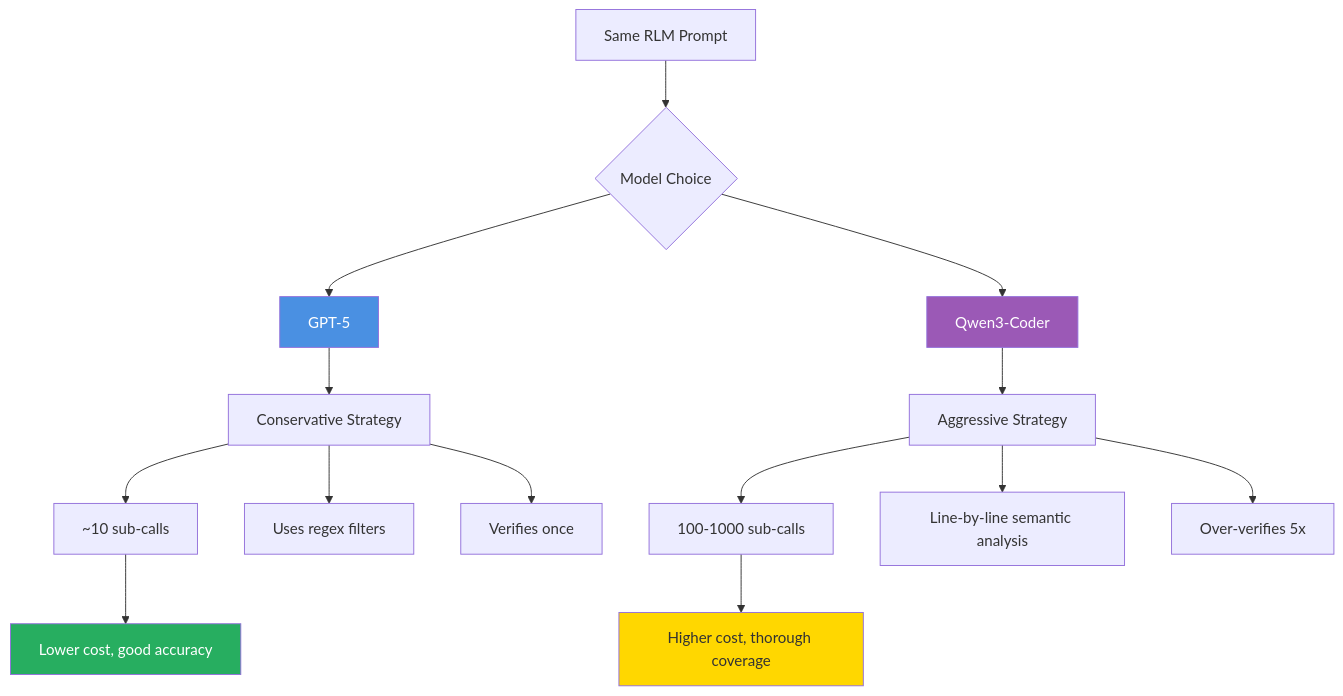
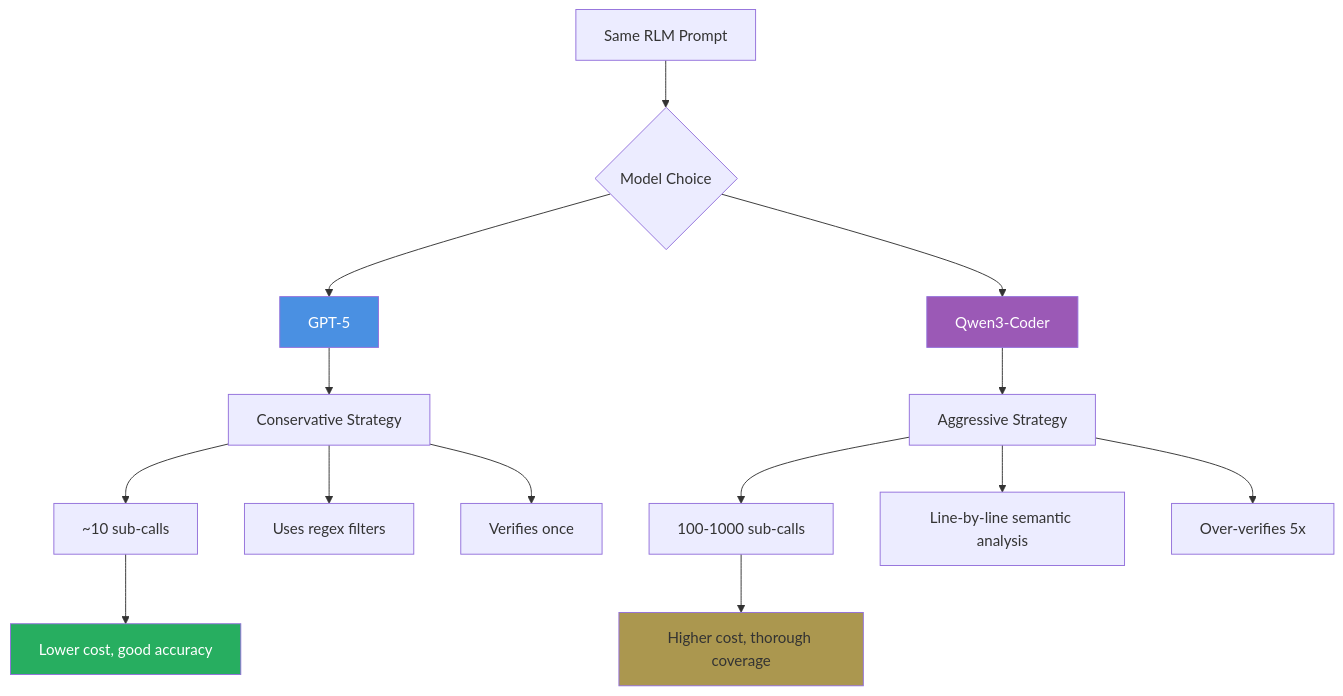
Diagram 11 of 18 in Papers/RecursiveLanguageModels.md (rsrini7/Learnings), drawn with Mermaid before and after one commit. The commit also changed other lines of this file, not shown here.

First line of the commit message:
style(docs): update diagram node colors from gold to bronze

````diff
--- a/Papers/RecursiveLanguageModels.md
+++ b/Papers/RecursiveLanguageModels.md
@@ -621,25 +621,25 @@
 ```mermaid
 graph TD
     A[Same RLM Prompt] --> B{Model Choice}
     
     B --> C[GPT-5]
     B --> D[Qwen3-Coder]
     
     C --> E[Conservative Strategy]
     E --> E1[~10 sub-calls]
     E --> E2[Uses regex filters]
     E --> E3[Verifies once]
     
     D --> F[Aggressive Strategy]
     F --> F1[100-1000 sub-calls]
     F --> F2[Line-by-line semantic analysis]
     F --> F3[Over-verifies 5x]
     
     E1 --> G[Lower cost, good accuracy]
     F1 --> H[Higher cost, thorough coverage]
     
     style C fill:#4A90E2,color:#fff
     style D fill:#9B59B6,color:#fff
     style G fill:#27AE60,color:#fff
-    style H fill:#FFD700
+    style H fill:#AB974F
 ```
````
